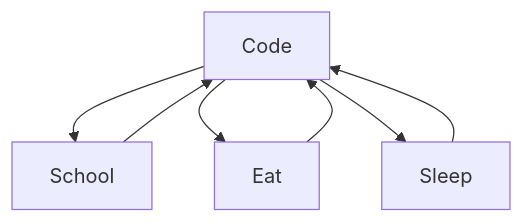
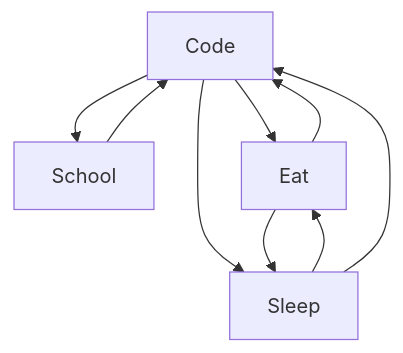
One commit to ztara21/ztara21 changed the diagram in README.md. Above: the diagram before and after it, drawn with Mermaid.

````diff
--- a/README.md
+++ b/README.md
@@ -34,9 +34,11 @@
 ```mermaid
   graph TD;
       Code-->School;
       School-->Code;
       Code-->Eat;
       Eat-->Code;
       Code-->Sleep;
+      Sleep-->Eat;
+      Eat-->Sleep;
       Sleep-->Code;
 ```
````
